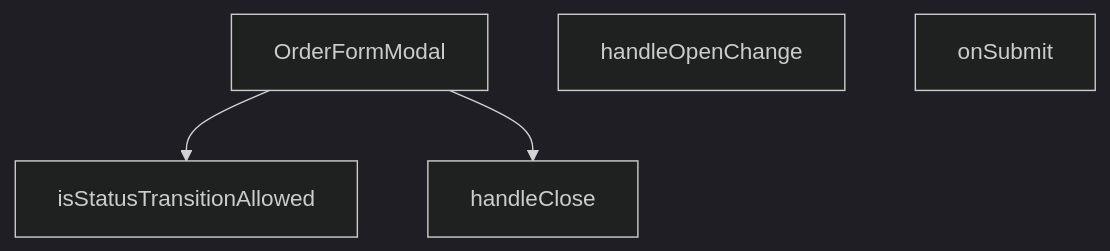
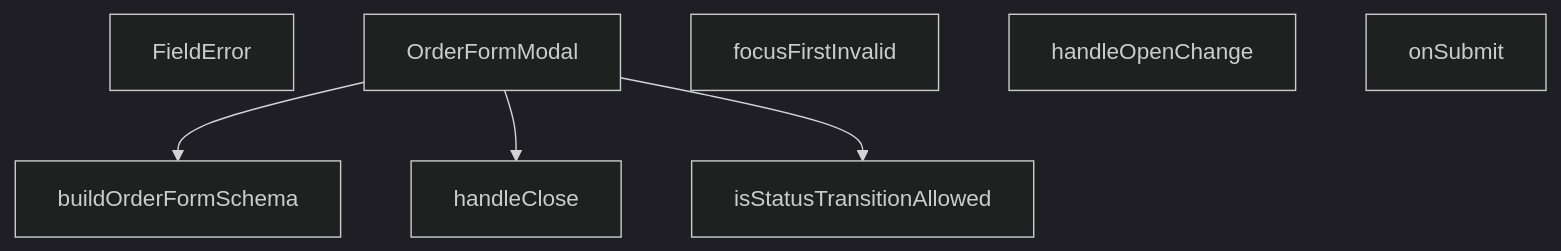
The diagram in src/components/admin/orders/OrderFormModal.md (peckop/venthub-hvac-esite), drawn with Mermaid (dark theme) before and after one commit. The commit also changed other lines of this file and 189 other files, not shown here.

````diff
--- a/src/components/admin/orders/OrderFormModal.md
+++ b/src/components/admin/orders/OrderFormModal.md
@@ -255,10 +249,14 @@
 ```mermaid
 graph TD
+    OrderFormModal_tsx__FieldError["FieldError"]
     OrderFormModal_tsx__OrderFormModal["OrderFormModal"]
+    OrderFormModal_tsx__buildOrderFormSchema["buildOrderFormSchema"]
+    OrderFormModal_tsx__focusFirstInvalid["focusFirstInvalid"]
     OrderFormModal_tsx__handleClose["handleClose"]
     OrderFormModal_tsx__handleOpenChange["handleOpenChange"]
     OrderFormModal_tsx__isStatusTransitionAllowed["isStatusTransitionAllowed"]
     OrderFormModal_tsx__onSubmit["onSubmit"]
+    OrderFormModal_tsx__OrderFormModal --> OrderFormModal_tsx__buildOrderFormSchema
+    OrderFormModal_tsx__OrderFormModal --> OrderFormModal_tsx__handleClose
     OrderFormModal_tsx__OrderFormModal --> OrderFormModal_tsx__isStatusTransitionAllowed
-    OrderFormModal_tsx__OrderFormModal --> OrderFormModal_tsx__handleClose
 ```
````
